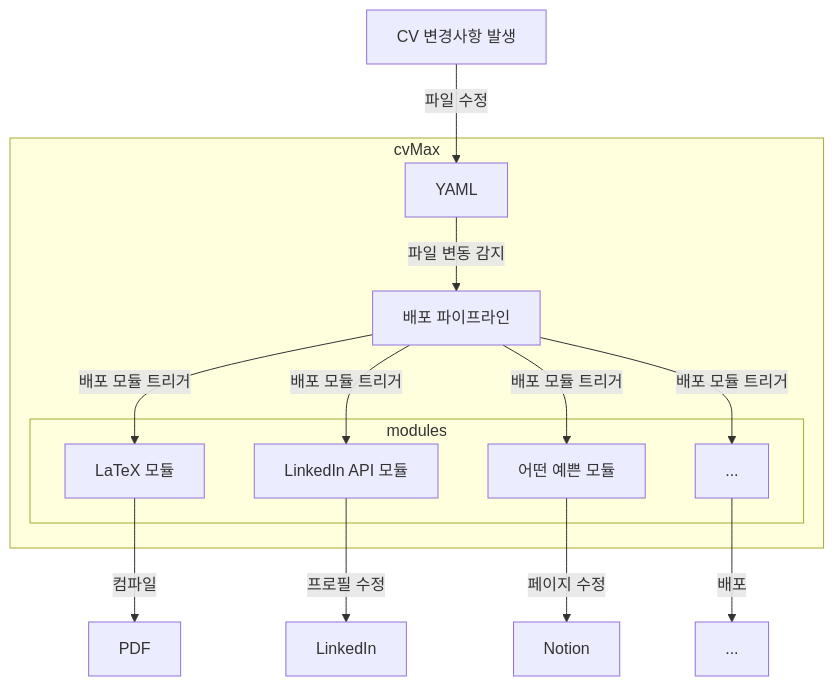
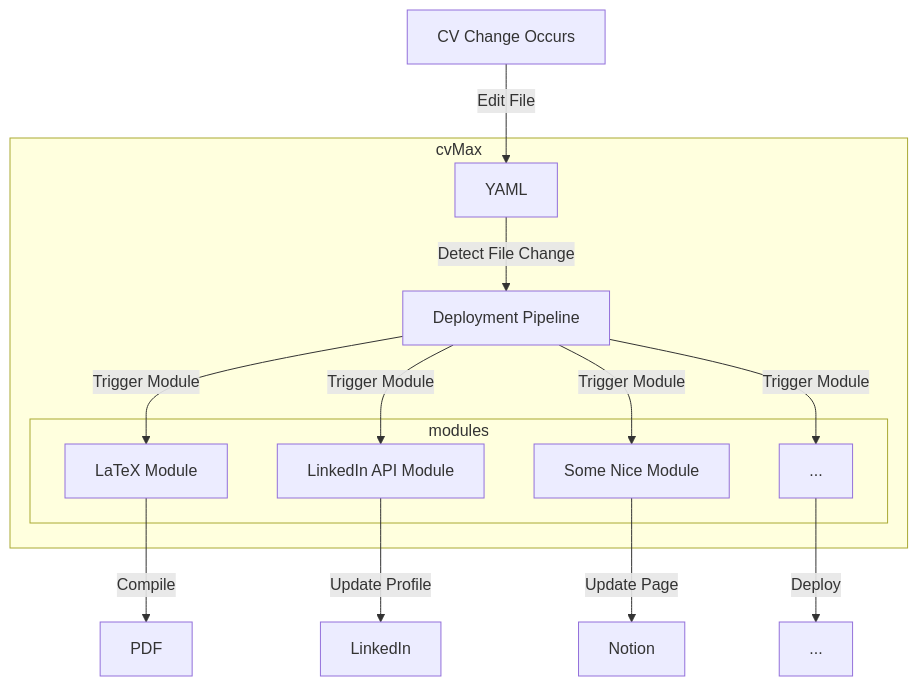
Before and after one commit to PngWnA/cvMax: the second of 3 diagrams in README.md, drawn with Mermaid. The commit also changed other lines of this file, not shown here.

Commit message:
Let's learn English

````diff
--- a/README.md
+++ b/README.md
@@ -18,21 +18,21 @@
 ```mermaid
 flowchart TD
-    CV[CV 변경사항 발생]
-    CV -- 파일 수정 --> YAML[YAML]
-    YAML -- 파일 변동 감지 --> Pipeline[배포 파이프라인]
-    Pipeline -- 배포 모듈 트리거 --> LaTeX[LaTeX 모듈] -- 컴파일 --> PDF[PDF]
-    Pipeline -- 배포 모듈 트리거 --> LinkedInAPI[LinkedIn API 모듈] -- 프로필 수정 --> LinkedIn[LinkedIn]
-    Pipeline -- 배포 모듈 트리거 --> NotionAPI[어떤 예쁜 모듈] -- 페이지 수정 --> Notion[Notion]
-    Pipeline -- 배포 모듈 트리거 --> ...[...] -- 배포 --> ..[...]
+    CV[CV Change Occurs]
+    CV -- Edit File --> YAML[YAML]
+    YAML -- Detect File Change --> Pipeline[Deployment Pipeline]
+    Pipeline -- Trigger Module --> LaTeX[LaTeX Module] -- Compile --> PDF[PDF]
+    Pipeline -- Trigger Module --> LinkedInAPI[LinkedIn API Module] -- Update Profile --> LinkedIn[LinkedIn]
+    Pipeline -- Trigger Module --> NotionAPI[Some Nice Module] -- Update Page --> Notion[Notion]
+    Pipeline -- Trigger Module --> ...[...] -- Deploy --> ..[...]
 
     subgraph cvMax
         YAML
         Pipeline
         subgraph modules
-            LaTeX[LaTeX 모듈]
-            LinkedInAPI[LinkedIn API 모듈]
-            NotionAPI[어떤 예쁜 모듈]
+            LaTeX[LaTeX Module]
+            LinkedInAPI[LinkedIn API Module]
+            NotionAPI[Some Nice Module]
             ...[...]
         end
     end
 ```
````
